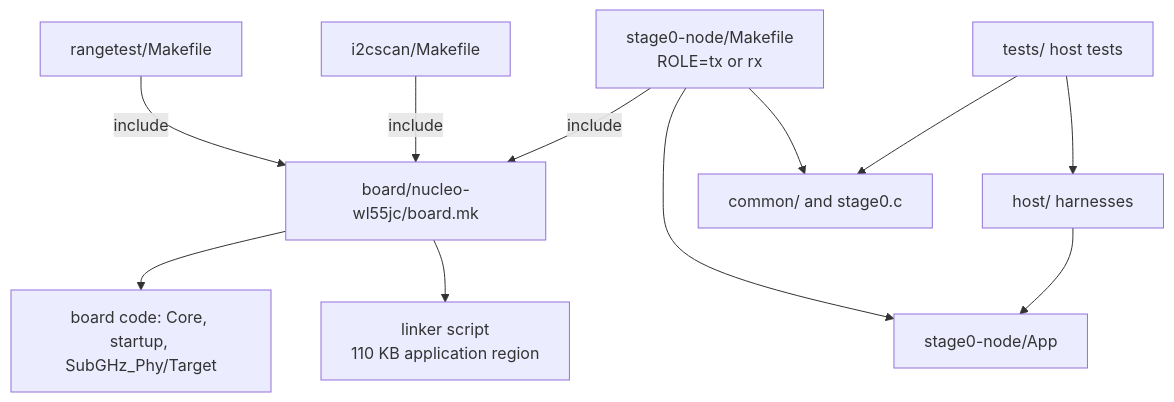
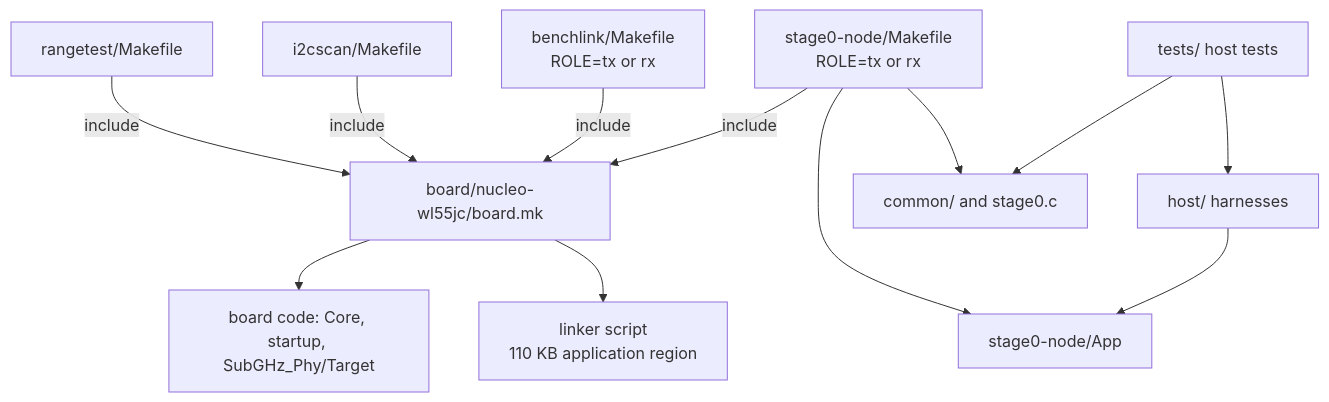
The diagram in firmware/README.md (clintecker/weather-station-2026), drawn with Mermaid before and after one commit. The commit also changed other lines of this file and 24 other files, not shown here.

````diff
--- a/firmware/README.md
+++ b/firmware/README.md
@@ -20,13 +21,14 @@
 ```mermaid
 flowchart TD
   NM["stage0-node/Makefile<br/>ROLE=tx or rx"] -->|"include"| BMK["board/nucleo-wl55jc/board.mk"]
   RM["rangetest/Makefile"] -->|"include"| BMK
   IM["i2cscan/Makefile"] -->|"include"| BMK
+  BLM["benchlink/Makefile<br/>ROLE=tx or rx"] -->|"include"| BMK
   BMK --> BC["board code: Core, startup, SubGHz_Phy/Target"]
   BMK --> LD["linker script<br/>110 KB application region"]
   NM --> APP["stage0-node/App"]
   NM --> COM["common/ and stage0.c"]
   TESTS["tests/ host tests"] --> COM
   TESTS --> HOST["host/ harnesses"]
   HOST --> APP
 ```
````
